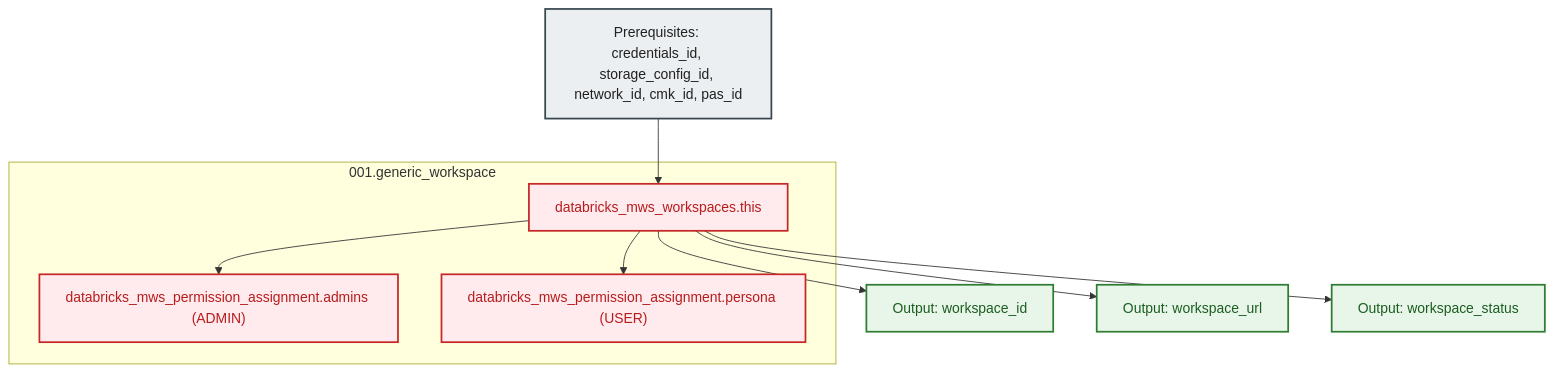
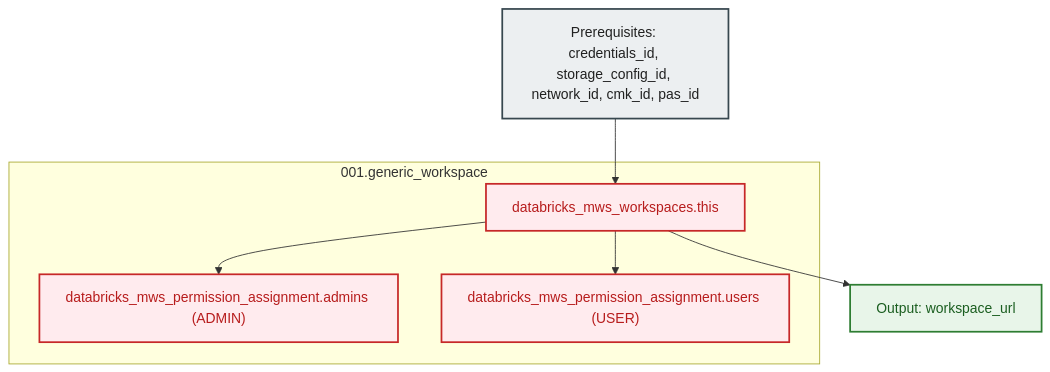
Before and after one commit to MikolajSedek/databricks_aws_deployment_03_workspaces_and_compute: the diagram in modules/04.workspaces/001.generic_workspace/README.md, drawn with Mermaid. The commit also changed other lines of this file and 40 other files, not shown here.

````diff
--- a/modules/04.workspaces/001.generic_workspace/README.md
+++ b/modules/04.workspaces/001.generic_workspace/README.md
@@ -52,26 +52,22 @@
 ```mermaid
 flowchart TD
     classDef input fill:#ECEFF1,stroke:#37474F,stroke-width:2px,color:#212121;
     classDef dbx fill:#FFEBEE,stroke:#C62828,stroke-width:2px,color:#B71C1C;
     classDef out fill:#E8F5E9,stroke:#2E7D32,stroke-width:2px,color:#1B5E20;
 
     Inputs["Prerequisites: credentials_id, storage_config_id, network_id, cmk_id, pas_id"]:::input
 
     subgraph WorkspaceModule ["001.generic_workspace"]
         WS["databricks_mws_workspaces.this"]:::dbx
         AdminRBAC["databricks_mws_permission_assignment.admins (ADMIN)"]:::dbx
-        UserRBAC["databricks_mws_permission_assignment.persona (USER)"]:::dbx
+        UserRBAC["databricks_mws_permission_assignment.users (USER)"]:::dbx
 
         WS --> AdminRBAC
         WS --> UserRBAC
     end
 
-    OutID["Output: workspace_id"]:::out
     OutURL["Output: workspace_url"]:::out
-    OutStatus["Output: workspace_status"]:::out
 
     Inputs --> WS
-    WS --> OutID
     WS --> OutURL
-    WS --> OutStatus
 ```
````
